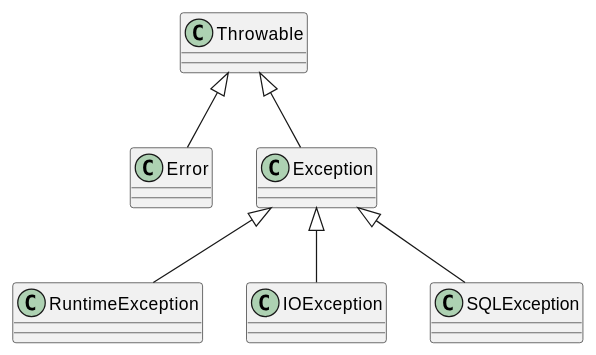
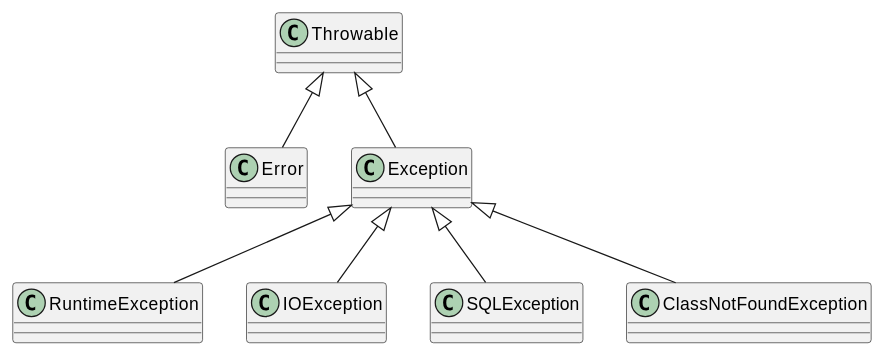
The diagram in Writerside/topics/exception.md (jesus-castro89/poo), drawn with PlantUML before and after one commit. The commit also changed 2 other files, not shown here.

````diff
--- a/Writerside/topics/exception.md
+++ b/Writerside/topics/exception.md
@@ -26,16 +26,25 @@
 ```plantuml
 @startuml
-class Throwable
-class Error
-class Exception
-class RuntimeException
-class IOException
-class SQLException
+class Throwable {
+}
+class Error {
+}
+class Exception {
+}
+class RuntimeException {
+}
+class IOException {
+}
+class SQLException {
+}
+class ClassNotFoundException {
+}
 
-Throwable <|-- Error
+Throwable <|-- Error    
 Throwable <|-- Exception
 Exception <|-- RuntimeException
 Exception <|-- IOException
 Exception <|-- SQLException
+Exception <|-- ClassNotFoundException
 @enduml
 ```
````
